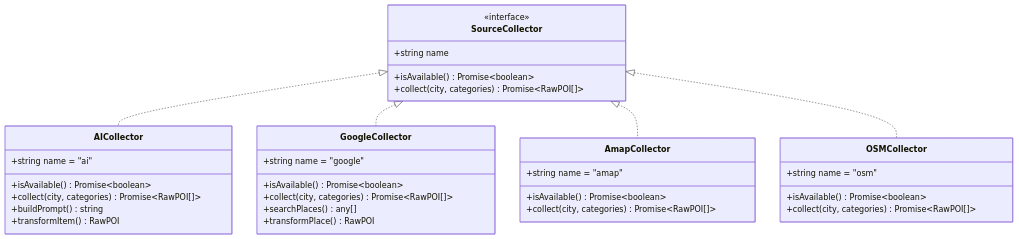
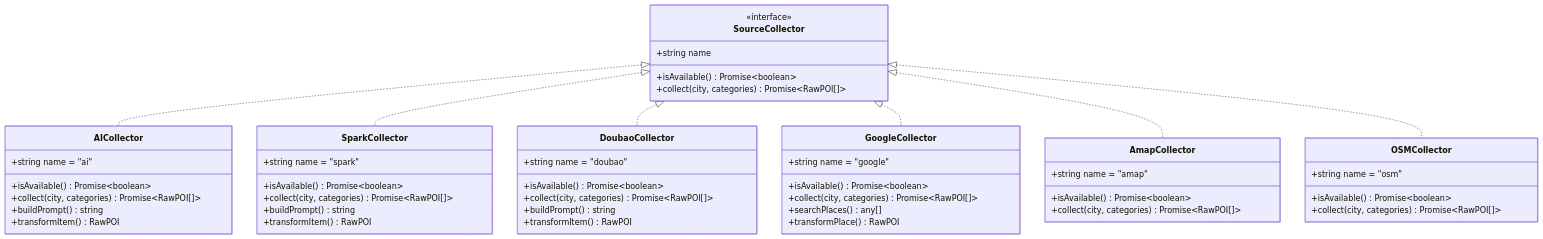
Before and after one commit to ititjjy/AITrip-plan: the fourth of 10 diagrams in .qoder/repowiki/zh/content/AI数据采集系统/AI数据采集系统.md, drawn with Mermaid. The commit also changed other lines of this file and 25 other files, not shown here.

````diff
--- a/.qoder/repowiki/zh/content/AI数据采集系统/AI数据采集系统.md
+++ b/.qoder/repowiki/zh/content/AI数据采集系统/AI数据采集系统.md
@@ -234,37 +243,53 @@
 ```mermaid
 classDiagram
 class SourceCollector {
 <<interface>>
 +string name
 +isAvailable() Promise~boolean~
 +collect(city, categories) Promise~RawPOI[]~
 }
 class AICollector {
 +string name = "ai"
++isAvailable() Promise~boolean~
++collect(city, categories) Promise~RawPOI[]~
++buildPrompt() string
++transformItem() RawPOI
+}
+class SparkCollector {
++string name = "spark"
++isAvailable() Promise~boolean~
++collect(city, categories) Promise~RawPOI[]~
++buildPrompt() string
++transformItem() RawPOI
+}
+class DoubaoCollector {
++string name = "doubao"
 +isAvailable() Promise~boolean~
 +collect(city, categories) Promise~RawPOI[]~
 +buildPrompt() string
 +transformItem() RawPOI
 }
 class GoogleCollector {
 +string name = "google"
 +isAvailable() Promise~boolean~
 +collect(city, categories) Promise~RawPOI[]~
 +searchPlaces() any[]
 +transformPlace() RawPOI
 }
 class AmapCollector {
 +string name = "amap"
 +isAvailable() Promise~boolean~
 +collect(city, categories) Promise~RawPOI[]~
 }
 class OSMCollector {
 +string name = "osm"
 +isAvailable() Promise~boolean~
 +collect(city, categories) Promise~RawPOI[]~
 }
 SourceCollector <|.. AICollector
+SourceCollector <|.. SparkCollector
+SourceCollector <|.. DoubaoCollector
 SourceCollector <|.. GoogleCollector
 SourceCollector <|.. AmapCollector
 SourceCollector <|.. OSMCollector
 ```
````
